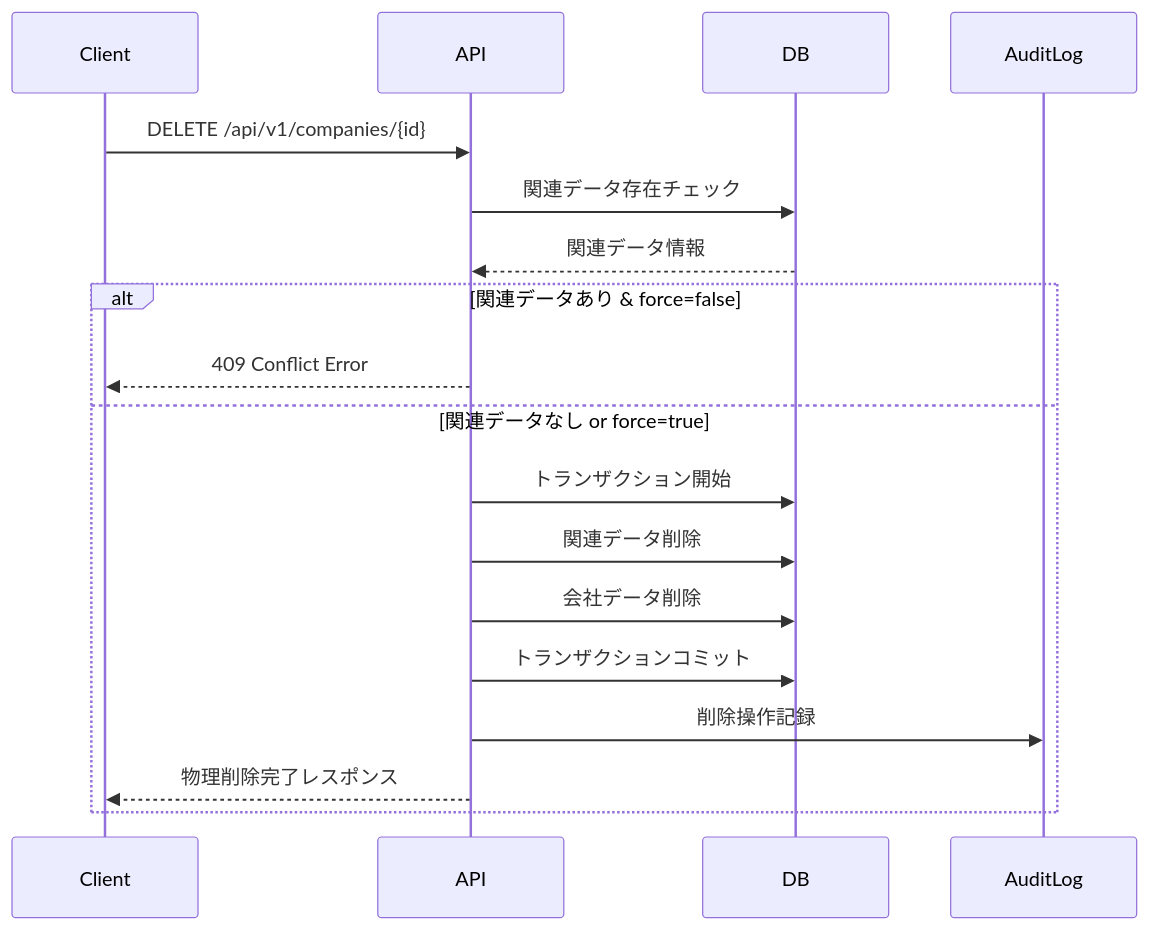
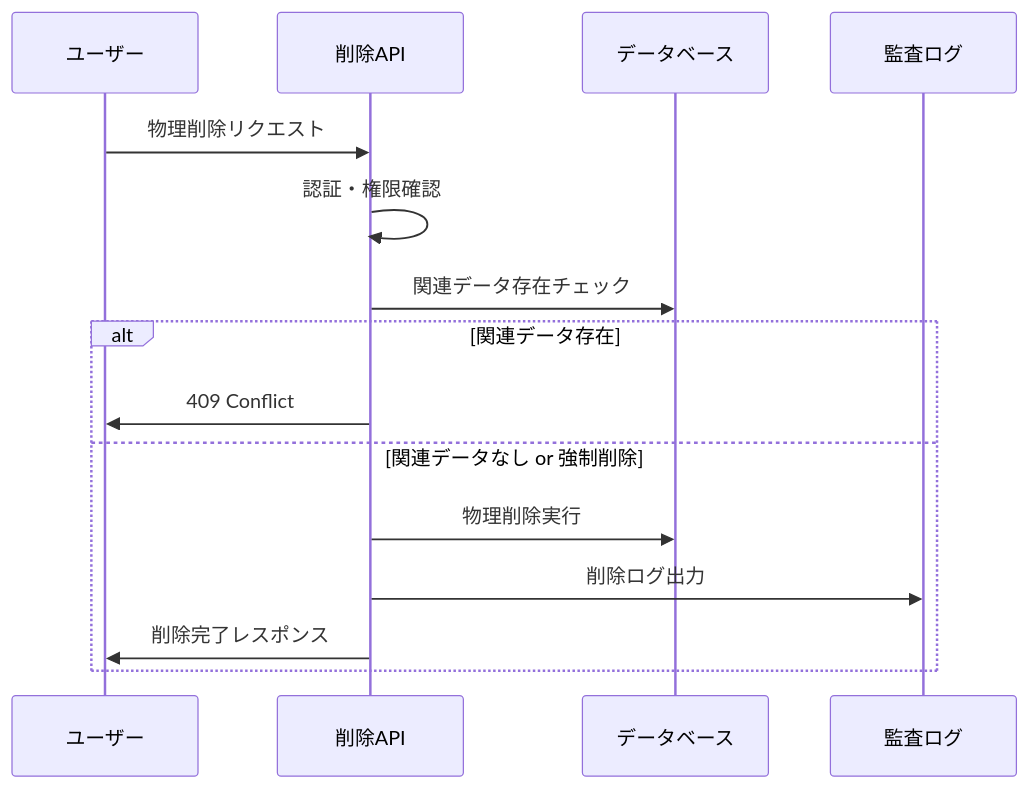
One commit to okanikani223/kairos changed the second of 2 diagrams in doc/勤怠情報提出先削除機能_機能設計.md. Above: the diagram before and after it, drawn with Mermaid. The commit also changed other lines of this file and 4 other files, not shown here.

````diff
--- a/doc/勤怠情報提出先削除機能_機能設計.md
+++ b/doc/勤怠情報提出先削除機能_機能設計.md
@@ -346,21 +90,18 @@
 ```mermaid
 sequenceDiagram
-    participant Client
-    participant API
-    participant DB
-    participant AuditLog
-    
-    Client->>API: DELETE /api/v1/companies/{id}
+    participant U as ユーザー
+    participant API as 削除API
+    participant DB as データベース
+    participant Log as 監査ログ
+
+    U->>API: 物理削除リクエスト
+    API->>API: 認証・権限確認
     API->>DB: 関連データ存在チェック
-    DB-->>API: 関連データ情報
-    alt 関連データあり & force=false
-        API-->>Client: 409 Conflict Error
-    else 関連データなし or force=true
-        API->>DB: トランザクション開始
-        API->>DB: 関連データ削除
-        API->>DB: 会社データ削除
-        API->>DB: トランザクションコミット
-        API->>AuditLog: 削除操作記録
-        API-->>Client: 物理削除完了レスポンス
+    alt 関連データ存在
+        API->>U: 409 Conflict
+    else 関連データなし or 強制削除
+        API->>DB: 物理削除実行
+        API->>Log: 削除ログ出力
+        API->>U: 削除完了レスポンス
     end
 ```
````
